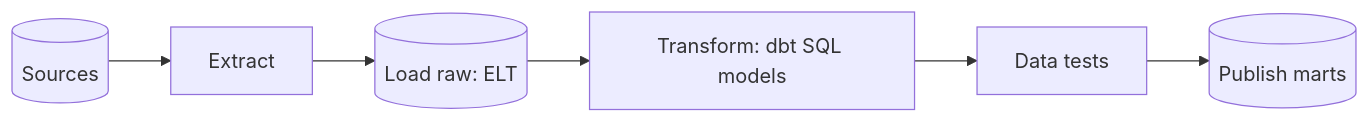
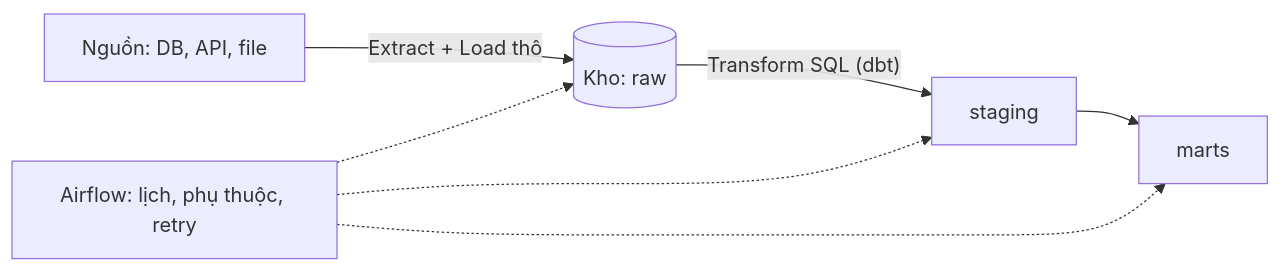
One commit to passion-Infinity/personal-tech-playbook changed the diagram in src/assets/knowledge/playbooks/data-engineering/etl-elt-orchestration-airflow.md. Above: the diagram before and after it, drawn with Mermaid. The commit also changed other lines of this file and 5 other files, not shown here.

First line of the commit message:
Deep-dive rewrite: OLTP/OLAP modeling, batch vs stream, Kafka, ETL/ELT/Airflow, warehouse/lake/lakehouse

````diff
--- a/src/assets/knowledge/playbooks/data-engineering/etl-elt-orchestration-airflow.md
+++ b/src/assets/knowledge/playbooks/data-engineering/etl-elt-orchestration-airflow.md
@@ -26,8 +42,9 @@
 ```mermaid
 flowchart LR
-    SRC[(Sources)] --> EX[Extract]
-    EX --> RAW[("Load raw: ELT")]
-    RAW --> TR["Transform: dbt SQL models"]
-    TR --> TEST[Data tests]
-    TEST --> MART[("Publish marts")]
+    SRC["Nguồn: DB, API, file"] -->|Extract + Load thô| RAW[("Kho: raw")]
+    RAW -->|"Transform SQL (dbt)"| STG["staging"]
+    STG --> MART["marts"]
+    ORC["Airflow: lịch, phụ thuộc, retry"] -.-> RAW
+    ORC -.-> STG
+    ORC -.-> MART
 ```
````
